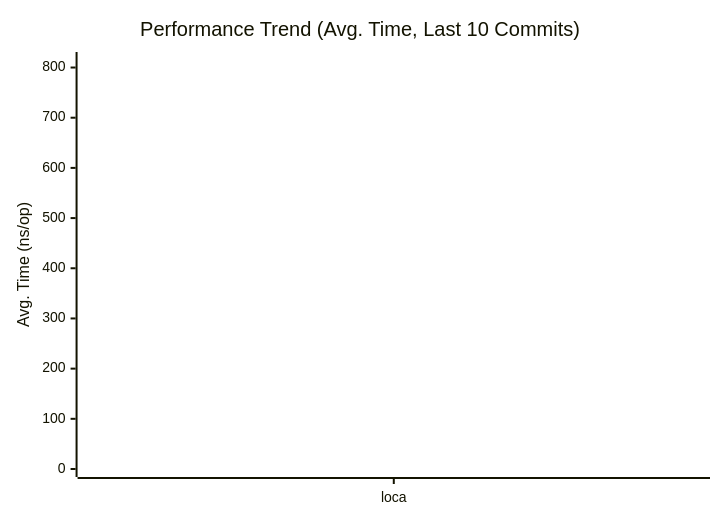
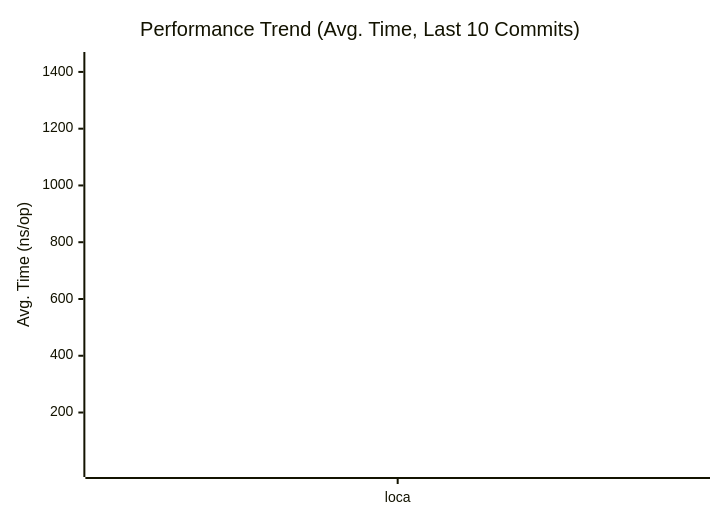
Before and after one commit to alsotoes/momo: the first of 3 diagrams in docs/PERFORMANCE.md, drawn with Mermaid. The commit also changed other lines of this file and 5 other files, not shown here.

````diff
--- a/docs/PERFORMANCE.md
+++ b/docs/PERFORMANCE.md
@@ -80,16 +80,16 @@
 ```mermaid
 xychart-beta
     title "Performance Trend (Avg. Time, Last 10 Commits)"
     x-axis "Commit"
     y-axis "Avg. Time (ns/op)"
     x-axis [loca]
-    line "CheckMetricsAndSwap" [7,14,7,6,6,7,7,6,7,12]
-    line "CrushOptimized" [295,618,264,255,245,263,280,255,304,400]
-    line "CrushOriginal" [426,831,362,367,368,359,367,362,423,775]
-    line "IndexDirectTracking" [0,1,0,0,0,0,0,0,0,0]
-    line "IndexSearch" [3,4,3,3,3,3,3,3,3,4]
-    line "LoadGlobalConfig" [815,1442,632,613,599,626,637,616,726,953]
-    line "PadString" [2,3,2,2,2,2,2,2,2,2]
+    line "CheckMetricsAndSwap" [14,7,6,6,7,7,6,7,12,10]
+    line "CrushOptimized" [618,264,255,245,263,280,255,304,400,332]
+    line "CrushOriginal" [831,362,367,368,359,367,362,423,775,442]
+    line "IndexDirectTracking" [1,0,0,0,0,0,0,0,0,0]
+    line "IndexSearch" [4,3,3,3,3,3,3,3,4,3]
+    line "LoadGlobalConfig" [1442,632,613,599,626,637,616,726,953,1139]
+    line "PadString" [3,2,2,2,2,2,2,2,2,3]
     line "ParseReplicationOrder_NoPrealloc" [350,349,357,354,345,225,229,165,232,234]
     line "ParseReplicationOrder_Prealloc" [229,231,237,234,229,108,107,80,110,109]
 ```
````
